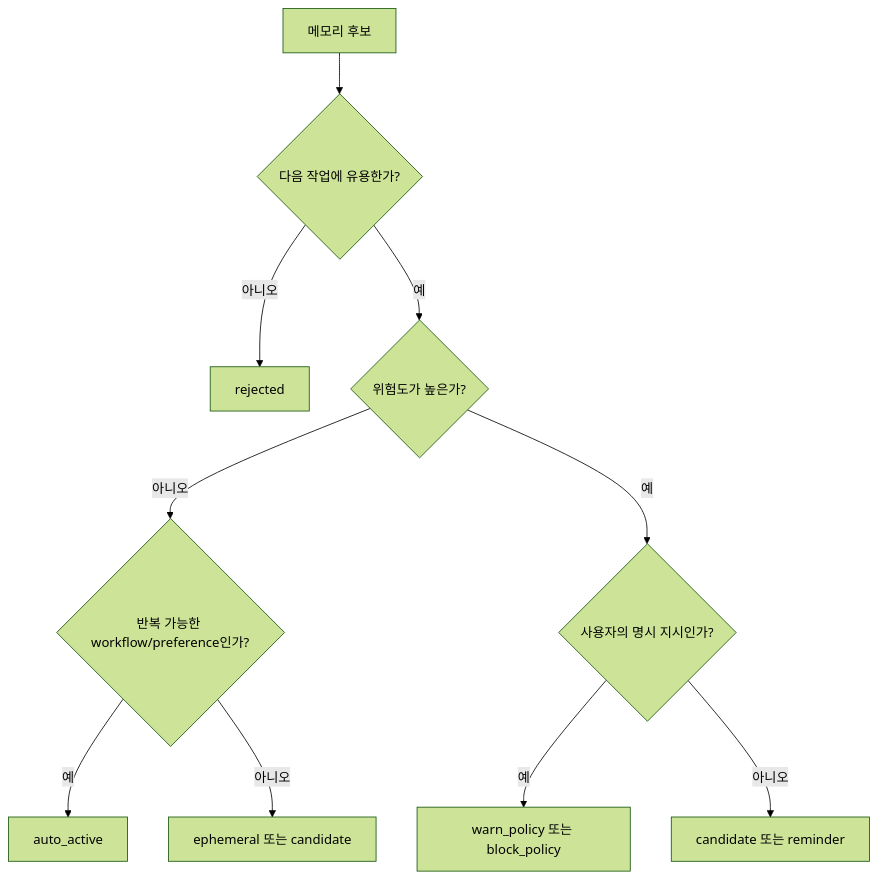
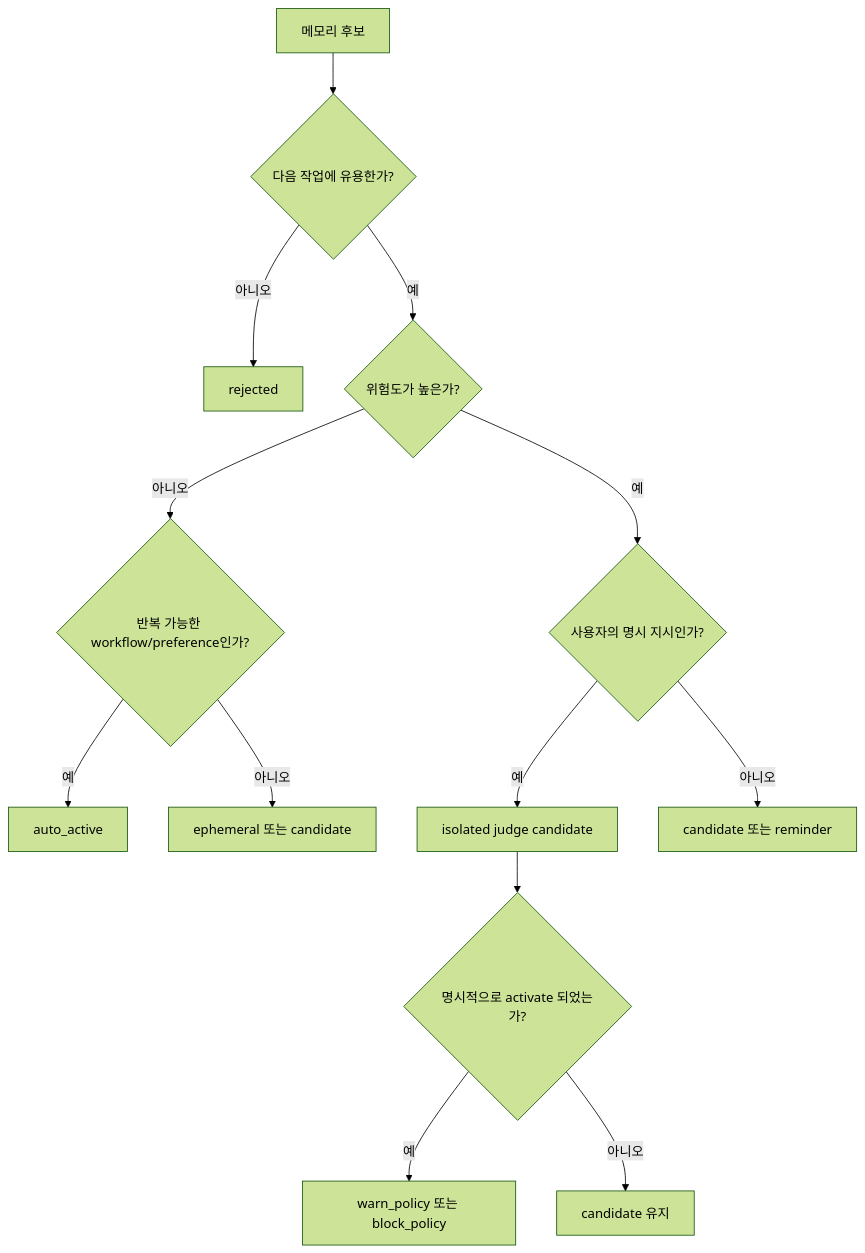
The seventh of 8 diagrams in README.md (lteawoo/MemAssist), drawn with Mermaid (forest theme) before and after one commit. The commit also changed other lines of this file and 53 other files, not shown here.

````diff
--- a/README.md
+++ b/README.md
@@ -342,12 +372,15 @@
 ```mermaid
 flowchart TD
     A[메모리 후보] --> B{다음 작업에 유용한가?}
     B -->|아니오| C[rejected]
     B -->|예| D{위험도가 높은가?}
     D -->|아니오| E{반복 가능한 workflow/preference인가?}
     E -->|예| F[auto_active]
     E -->|아니오| G[ephemeral 또는 candidate]
     D -->|예| H{사용자의 명시 지시인가?}
-    H -->|예| I[warn_policy 또는 block_policy]
-    H -->|아니오| J[candidate 또는 reminder]
+    H -->|예| I[isolated judge candidate]
+    I --> J{명시적으로 activate 되었는가?}
+    J -->|예| K[warn_policy 또는 block_policy]
+    J -->|아니오| L[candidate 유지]
+    H -->|아니오| M[candidate 또는 reminder]
 ```
````
